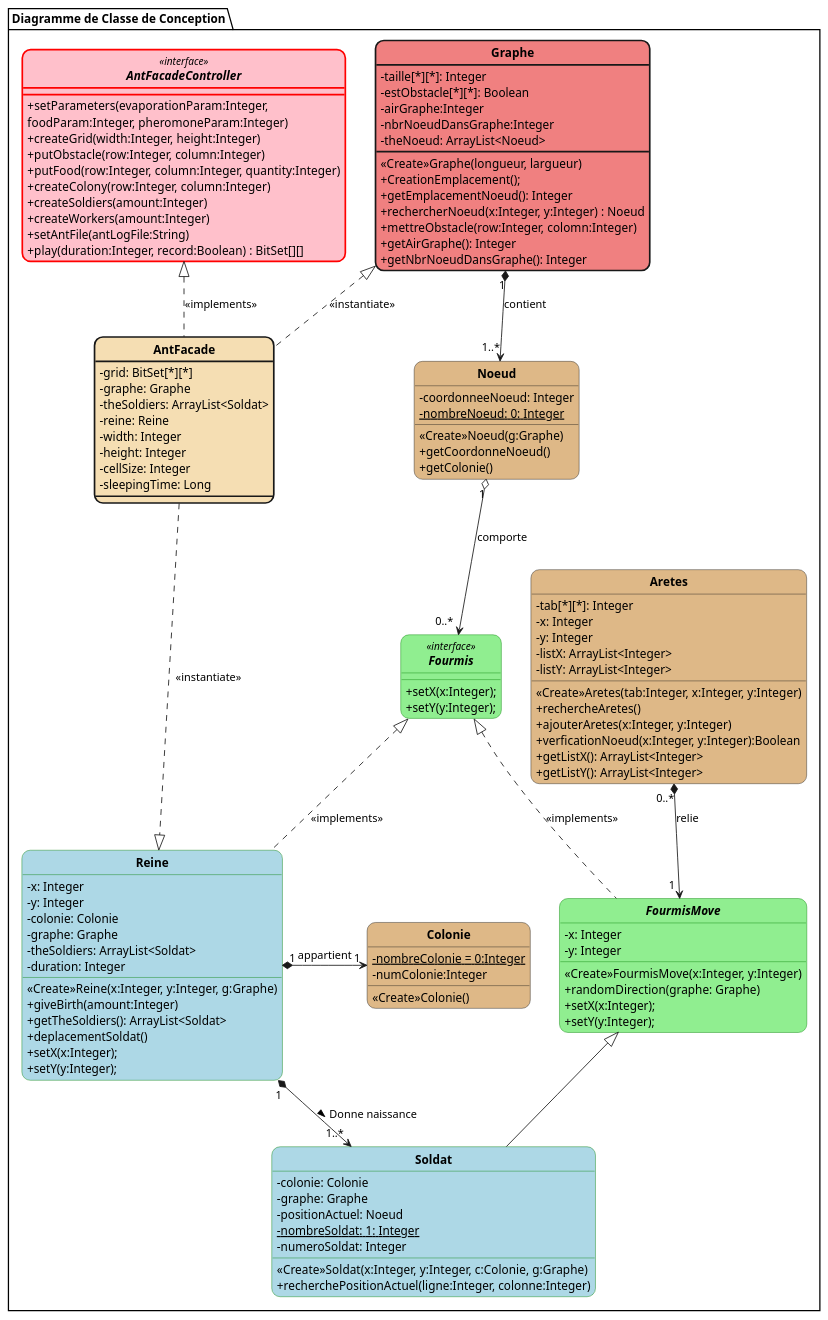
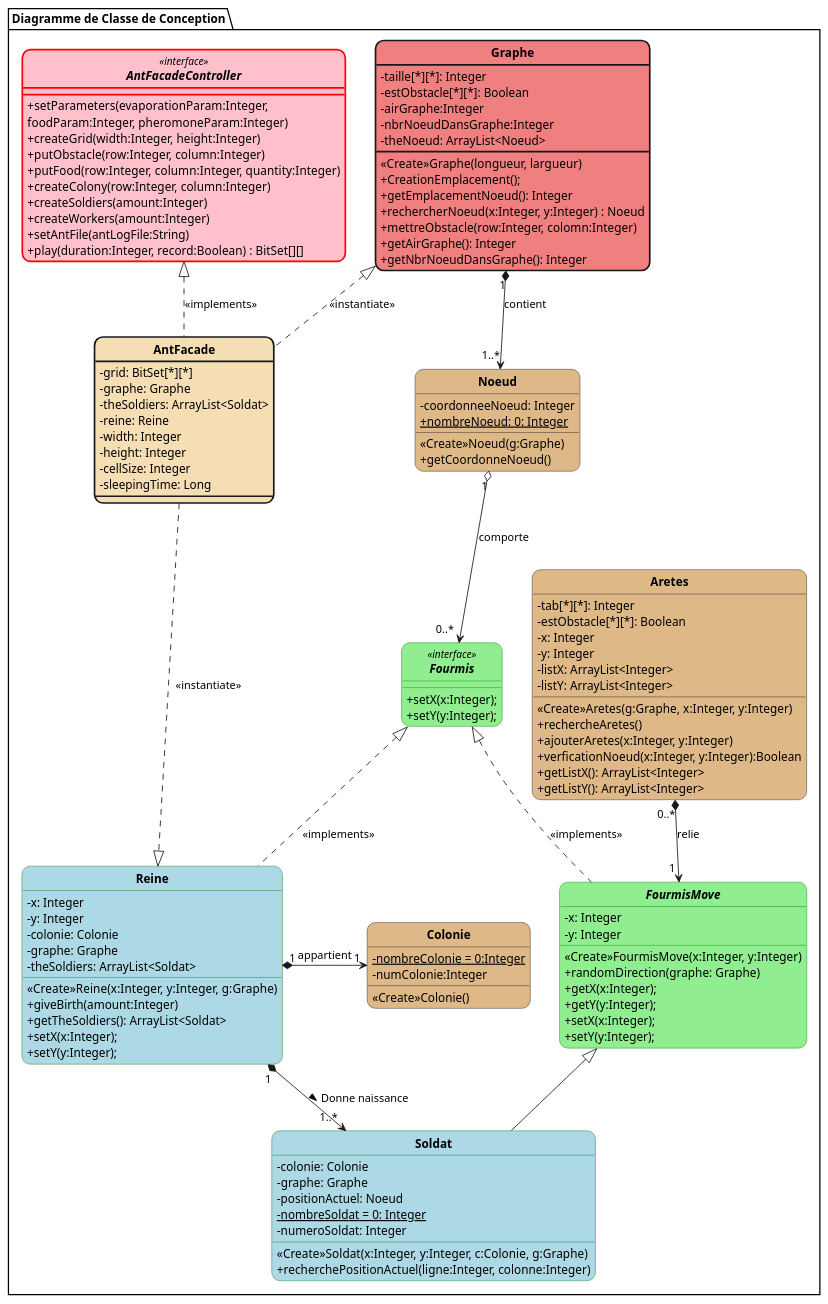
Before and after one commit to jvondermarck/ant-colony: the diagram in plantUML/V1/Fourmis_DC_Conception.puml, drawn with PlantUML. The commit also changed 7 other files, not shown here.

```diff
--- a/plantUML/V1/Fourmis_DC_Conception.puml
+++ b/plantUML/V1/Fourmis_DC_Conception.puml
@@ -1,139 +1,139 @@
 @startuml
 'https://plantuml.com/class-diagram
 
 skinparam style strictuml
 skinparam classAttributeIconSize 0
 skinparam classFontStyle Bold
 skinparam roundcorner 20
 hide enum methods
 
 package "Diagramme de Classe de Conception" <<Folder>> {
   interface AntFacadeController <<interface>> #pink ##[bold]red {
       +setParameters(evaporationParam:Integer,
       foodParam:Integer, pheromoneParam:Integer)
       +createGrid(width:Integer, height:Integer)
       +putObstacle(row:Integer, column:Integer)
       +putFood(row:Integer, column:Integer, quantity:Integer)
       +createColony(row:Integer, column:Integer)
       +createSoldiers(amount:Integer)
       +createWorkers(amount:Integer)
       +setAntFile(antLogFile:String)
       +play(duration:Integer, record:Boolean) : BitSet[][]
   }
 
   class Graphe #lightcoral;line.bold {
       -taille[*][*]: Integer
       -estObstacle[*][*]: Boolean
       -airGraphe:Integer
       -nbrNoeudDansGraphe:Integer
       -theNoeud: ArrayList<Noeud>
 
       <<Create>>Graphe(longueur, largueur)
       +CreationEmplacement();
       +getEmplacementNoeud(): Integer
       +rechercherNoeud(x:Integer, y:Integer) : Noeud
       +mettreObstacle(row:Integer, colomn:Integer)
       +getAirGraphe(): Integer
       +getNbrNoeudDansGraphe(): Integer
   }
 
   class Colonie #burlywood {
       -{static} nombreColonie = 0:Integer
       -numColonie:Integer
       <<Create>>Colonie()
   }
 
   class Noeud #burlywood {
       -coordonneeNoeud: Integer
-      -{static} nombreNoeud: 0: Integer
+      +{static} nombreNoeud: 0: Integer
 
       <<Create>>Noeud(g:Graphe)
       +getCoordonneNoeud()
-      +getColonie()
   }
 
   class AntFacade #back:Wheat;line.bold {
       -grid: BitSet[*][*]
       -graphe: Graphe
       -theSoldiers: ArrayList<Soldat>
       -reine: Reine
       -width: Integer
       -height: Integer
       -cellSize: Integer
       -sleepingTime: Long
   }
 
   class Aretes #burlywood {
       -tab[*][*]: Integer
+      -estObstacle[*][*]: Boolean
       -x: Integer
       -y: Integer
       -listX: ArrayList<Integer>
       -listY: ArrayList<Integer>
 
-      <<Create>>Aretes(tab:Integer, x:Integer, y:Integer)
+      <<Create>>Aretes(g:Graphe, x:Integer, y:Integer)
       +rechercheAretes()
       +ajouterAretes(x:Integer, y:Integer)
       +verficationNoeud(x:Integer, y:Integer):Boolean
       +getListX(): ArrayList<Integer>
       +getListY(): ArrayList<Integer>
   }
 
   interface Fourmis <<interface>> #lightgreen;line:green {
       +setX(x:Integer);
       +setY(y:Integer);
   }
 
   class Reine #lightblue;line:green {
       -x: Integer
       -y: Integer
       -colonie: Colonie
       -graphe: Graphe
       -theSoldiers: ArrayList<Soldat>
-      -duration: Integer
 
       <<Create>>Reine(x:Integer, y:Integer, g:Graphe)
       +giveBirth(amount:Integer)
       +getTheSoldiers(): ArrayList<Soldat>
-      +deplacementSoldat()
       +setX(x:Integer);
       +setY(y:Integer);
   }
 
   abstract class FourmisMove #lightgreen;line:green {
       -x: Integer
       -y: Integer
 
       <<Create>>FourmisMove(x:Integer, y:Integer)
       +randomDirection(graphe: Graphe)
+      +getX(x:Integer);
+      +getY(y:Integer);
       +setX(x:Integer);
       +setY(y:Integer);
   }
 
   class Soldat #lightblue;line:green {
       -colonie: Colonie
       -graphe: Graphe
       -positionActuel: Noeud
-      -{static} nombreSoldat: 1: Integer
+      -{static} nombreSoldat = 0: Integer
       -numeroSoldat: Integer
 
       <<Create>>Soldat(x:Integer, y:Integer, c:Colonie, g:Graphe)
       +recherchePositionActuel(ligne:Integer, colonne:Integer)
   }
 }
 
 
 AntFacadeController <|.. AntFacade : <<implements>>
 AntFacade .up.|> Graphe : <<instantiate>>
 AntFacade ..|> Reine : <<instantiate>>
 
 Graphe "1" *--> "1..*" Noeud : contient
 
 FourmisMove "\t\t\t\t1" <--up* "0..*" Aretes : relie
 Reine "1" *-right> "1" Colonie : appartient
 Noeud "1" o--> "0..*\t" Fourmis : comporte
 Fourmis <|.. Reine : <<implements>>
 Fourmis <|.. FourmisMove : <<implements>>
 FourmisMove <|-- Soldat
 Reine "\t\t\t\t\t\t1" *-> "1..*" Soldat : Donne naissance >
 
 @enduml
```
